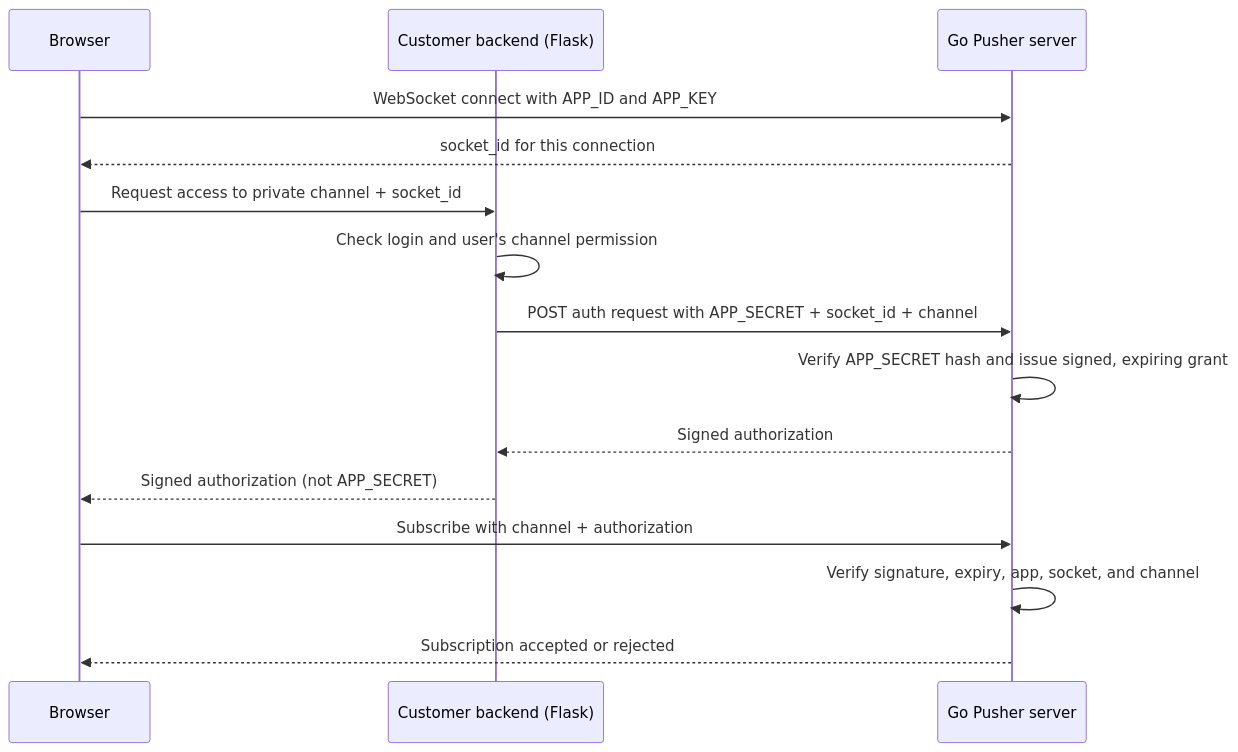
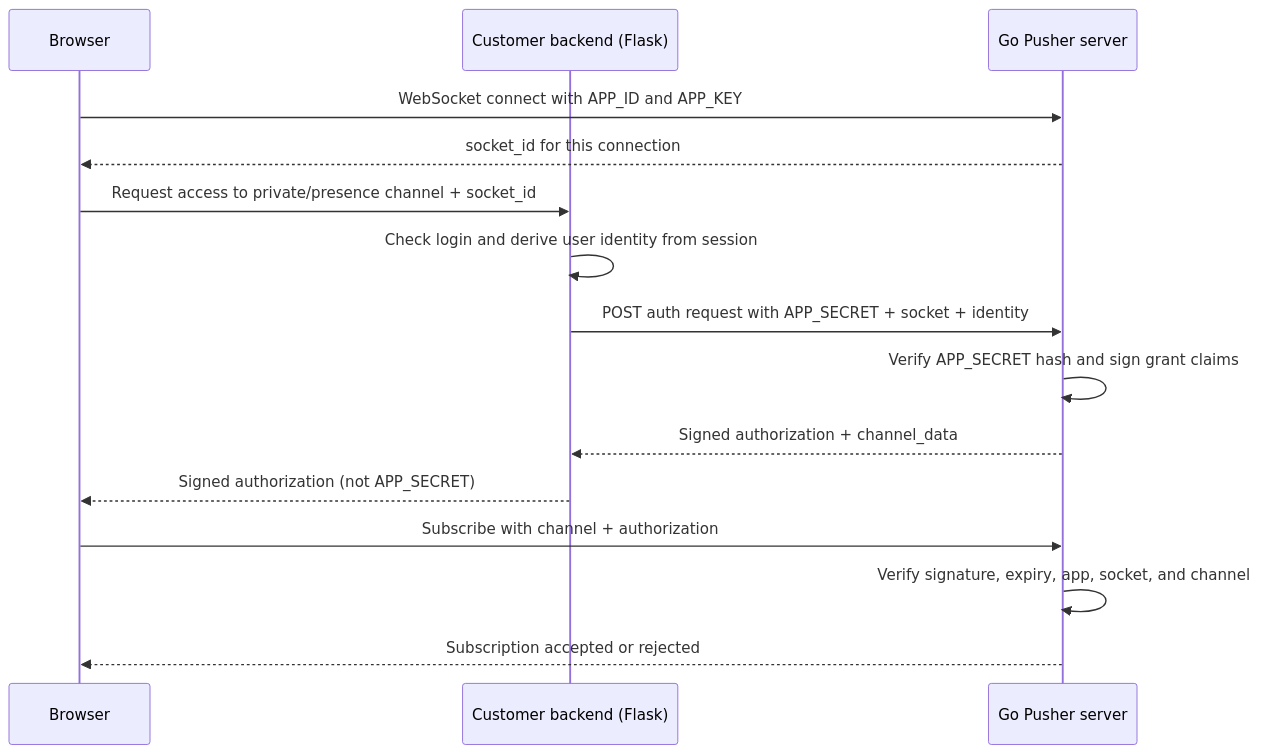
The diagram in docs/private-channel-auth.md (hungle00/go-pusher), drawn with Mermaid before and after one commit. The commit also changed other lines of this file and 3 other files, not shown here.

````diff
--- a/docs/private-channel-auth.md
+++ b/docs/private-channel-auth.md
@@ -26,17 +23,17 @@
 ```mermaid
 sequenceDiagram
     participant Browser
     participant Flask as Customer backend (Flask)
     participant Go as Go Pusher server
     Browser->>Go: WebSocket connect with APP_ID and APP_KEY
     Go-->>Browser: socket_id for this connection
-    Browser->>Flask: Request access to private channel + socket_id
-    Flask->>Flask: Check login and user's channel permission
-    Flask->>Go: POST auth request with APP_SECRET + socket_id + channel
-    Go->>Go: Verify APP_SECRET hash and issue signed, expiring grant
-    Go-->>Flask: Signed authorization
+    Browser->>Flask: Request access to private/presence channel + socket_id
+    Flask->>Flask: Check login and derive user identity from session
+    Flask->>Go: POST auth request with APP_SECRET + socket + identity
+    Go->>Go: Verify APP_SECRET hash and sign grant claims
+    Go-->>Flask: Signed authorization + channel_data
     Flask-->>Browser: Signed authorization (not APP_SECRET)
     Browser->>Go: Subscribe with channel + authorization
     Go->>Go: Verify signature, expiry, app, socket, and channel
     Go-->>Browser: Subscription accepted or rejected
 ```
````
